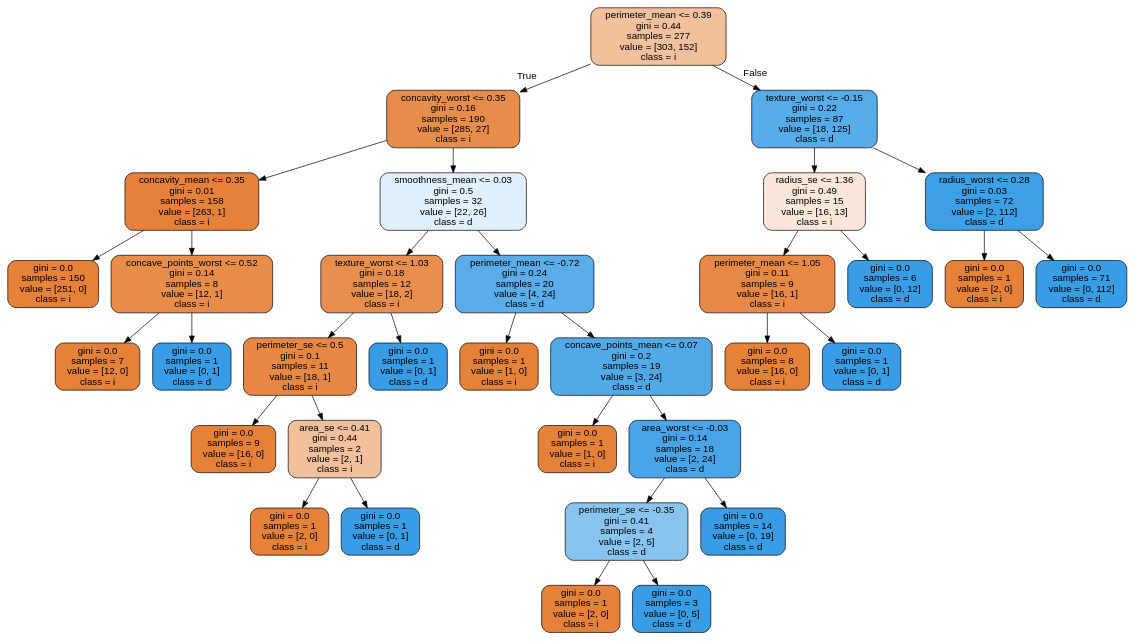
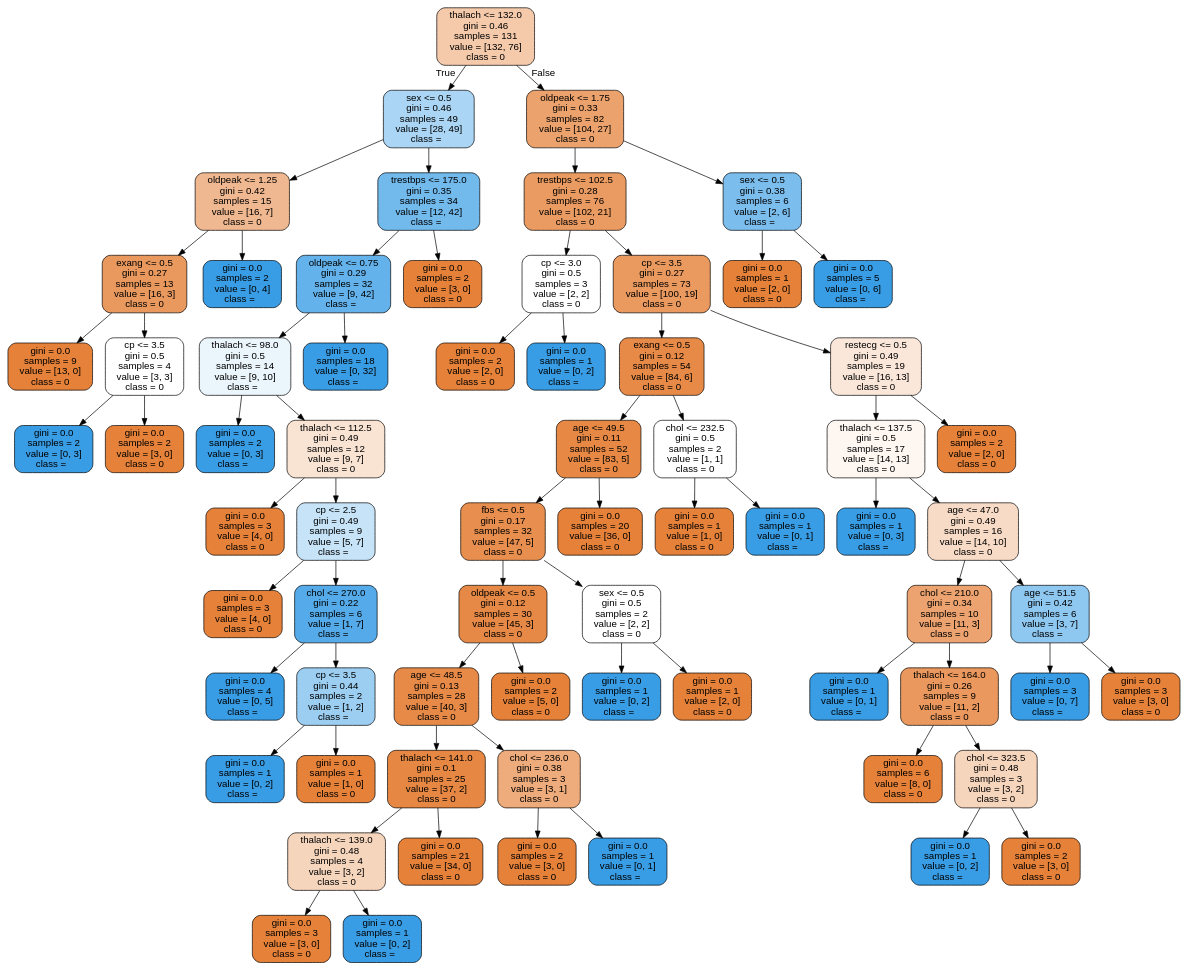
The diagram in data/breast-cancer/tree.dot (cyrilvincent/ML), drawn with Graphviz before and after one commit. The commit also changed 3 other files, not shown here.

```diff
--- a/data/breast-cancer/tree.dot
+++ b/data/breast-cancer/tree.dot
@@ -1,69 +1,141 @@
 digraph Tree {
 node [shape=box, style="filled, rounded", color="black", fontname="helvetica"] ;
 edge [fontname="helvetica"] ;
-0 [label="perimeter_mean <= 0.39\ngini = 0.44\nsamples = 277\nvalue = [303, 152]\nclass = i", fillcolor="#f2c09c"] ;
-1 [label="concavity_worst <= 0.35\ngini = 0.16\nsamples = 190\nvalue = [285, 27]\nclass = i", fillcolor="#e78d4c"] ;
+0 [label="thalach <= 132.0\ngini = 0.46\nsamples = 131\nvalue = [132, 76]\nclass = 0", fillcolor="#f4caab"] ;
+1 [label="sex <= 0.5\ngini = 0.46\nsamples = 49\nvalue = [28, 49]\nclass =  ", fillcolor="#aad5f4"] ;
 0 -> 1 [labeldistance=2.5, labelangle=45, headlabel="True"] ;
-2 [label="concavity_mean <= 0.35\ngini = 0.01\nsamples = 158\nvalue = [263, 1]\nclass = i", fillcolor="#e5813a"] ;
+2 [label="oldpeak <= 1.25\ngini = 0.42\nsamples = 15\nvalue = [16, 7]\nclass = 0", fillcolor="#f0b890"] ;
 1 -> 2 ;
-3 [label="gini = 0.0\nsamples = 150\nvalue = [251, 0]\nclass = i", fillcolor="#e58139"] ;
+3 [label="exang <= 0.5\ngini = 0.27\nsamples = 13\nvalue = [16, 3]\nclass = 0", fillcolor="#ea995e"] ;
 2 -> 3 ;
-4 [label="concave_points_worst <= 0.52\ngini = 0.14\nsamples = 8\nvalue = [12, 1]\nclass = i", fillcolor="#e78c49"] ;
-2 -> 4 ;
-5 [label="gini = 0.0\nsamples = 7\nvalue = [12, 0]\nclass = i", fillcolor="#e58139"] ;
-4 -> 5 ;
-6 [label="gini = 0.0\nsamples = 1\nvalue = [0, 1]\nclass = d", fillcolor="#399de5"] ;
-4 -> 6 ;
-7 [label="smoothness_mean <= 0.03\ngini = 0.5\nsamples = 32\nvalue = [22, 26]\nclass = d", fillcolor="#e1f0fb"] ;
-1 -> 7 ;
-8 [label="texture_worst <= 1.03\ngini = 0.18\nsamples = 12\nvalue = [18, 2]\nclass = i", fillcolor="#e88f4f"] ;
-7 -> 8 ;
-9 [label="perimeter_se <= 0.5\ngini = 0.1\nsamples = 11\nvalue = [18, 1]\nclass = i", fillcolor="#e68844"] ;
-8 -> 9 ;
-10 [label="gini = 0.0\nsamples = 9\nvalue = [16, 0]\nclass = i", fillcolor="#e58139"] ;
+4 [label="gini = 0.0\nsamples = 9\nvalue = [13, 0]\nclass = 0", fillcolor="#e58139"] ;
+3 -> 4 ;
+5 [label="cp <= 3.5\ngini = 0.5\nsamples = 4\nvalue = [3, 3]\nclass = 0", fillcolor="#ffffff"] ;
+3 -> 5 ;
+6 [label="gini = 0.0\nsamples = 2\nvalue = [0, 3]\nclass =  ", fillcolor="#399de5"] ;
+5 -> 6 ;
+7 [label="gini = 0.0\nsamples = 2\nvalue = [3, 0]\nclass = 0", fillcolor="#e58139"] ;
+5 -> 7 ;
+8 [label="gini = 0.0\nsamples = 2\nvalue = [0, 4]\nclass =  ", fillcolor="#399de5"] ;
+2 -> 8 ;
+9 [label="trestbps <= 175.0\ngini = 0.35\nsamples = 34\nvalue = [12, 42]\nclass =  ", fillcolor="#72b9ec"] ;
+1 -> 9 ;
+10 [label="oldpeak <= 0.75\ngini = 0.29\nsamples = 32\nvalue = [9, 42]\nclass =  ", fillcolor="#63b2eb"] ;
 9 -> 10 ;
-11 [label="area_se <= 0.41\ngini = 0.44\nsamples = 2\nvalue = [2, 1]\nclass = i", fillcolor="#f2c09c"] ;
-9 -> 11 ;
-12 [label="gini = 0.0\nsamples = 1\nvalue = [2, 0]\nclass = i", fillcolor="#e58139"] ;
+11 [label="thalach <= 98.0\ngini = 0.5\nsamples = 14\nvalue = [9, 10]\nclass =  ", fillcolor="#ebf5fc"] ;
+10 -> 11 ;
+12 [label="gini = 0.0\nsamples = 2\nvalue = [0, 3]\nclass =  ", fillcolor="#399de5"] ;
 11 -> 12 ;
-13 [label="gini = 0.0\nsamples = 1\nvalue = [0, 1]\nclass = d", fillcolor="#399de5"] ;
+13 [label="thalach <= 112.5\ngini = 0.49\nsamples = 12\nvalue = [9, 7]\nclass = 0", fillcolor="#f9e3d3"] ;
 11 -> 13 ;
-14 [label="gini = 0.0\nsamples = 1\nvalue = [0, 1]\nclass = d", fillcolor="#399de5"] ;
-8 -> 14 ;
-15 [label="perimeter_mean <= -0.72\ngini = 0.24\nsamples = 20\nvalue = [4, 24]\nclass = d", fillcolor="#5aade9"] ;
-7 -> 15 ;
-16 [label="gini = 0.0\nsamples = 1\nvalue = [1, 0]\nclass = i", fillcolor="#e58139"] ;
+14 [label="gini = 0.0\nsamples = 3\nvalue = [4, 0]\nclass = 0", fillcolor="#e58139"] ;
+13 -> 14 ;
+15 [label="cp <= 2.5\ngini = 0.49\nsamples = 9\nvalue = [5, 7]\nclass =  ", fillcolor="#c6e3f8"] ;
+13 -> 15 ;
+16 [label="gini = 0.0\nsamples = 3\nvalue = [4, 0]\nclass = 0", fillcolor="#e58139"] ;
 15 -> 16 ;
-17 [label="concave_points_mean <= 0.07\ngini = 0.2\nsamples = 19\nvalue = [3, 24]\nclass = d", fillcolor="#52a9e8"] ;
+17 [label="chol <= 270.0\ngini = 0.22\nsamples = 6\nvalue = [1, 7]\nclass =  ", fillcolor="#55abe9"] ;
 15 -> 17 ;
-18 [label="gini = 0.0\nsamples = 1\nvalue = [1, 0]\nclass = i", fillcolor="#e58139"] ;
+18 [label="gini = 0.0\nsamples = 4\nvalue = [0, 5]\nclass =  ", fillcolor="#399de5"] ;
 17 -> 18 ;
-19 [label="area_worst <= -0.03\ngini = 0.14\nsamples = 18\nvalue = [2, 24]\nclass = d", fillcolor="#49a5e7"] ;
+19 [label="cp <= 3.5\ngini = 0.44\nsamples = 2\nvalue = [1, 2]\nclass =  ", fillcolor="#9ccef2"] ;
 17 -> 19 ;
-20 [label="perimeter_se <= -0.35\ngini = 0.41\nsamples = 4\nvalue = [2, 5]\nclass = d", fillcolor="#88c4ef"] ;
+20 [label="gini = 0.0\nsamples = 1\nvalue = [0, 2]\nclass =  ", fillcolor="#399de5"] ;
 19 -> 20 ;
-21 [label="gini = 0.0\nsamples = 1\nvalue = [2, 0]\nclass = i", fillcolor="#e58139"] ;
-20 -> 21 ;
-22 [label="gini = 0.0\nsamples = 3\nvalue = [0, 5]\nclass = d", fillcolor="#399de5"] ;
-20 -> 22 ;
-23 [label="gini = 0.0\nsamples = 14\nvalue = [0, 19]\nclass = d", fillcolor="#399de5"] ;
-19 -> 23 ;
-24 [label="texture_worst <= -0.15\ngini = 0.22\nsamples = 87\nvalue = [18, 125]\nclass = d", fillcolor="#56abe9"] ;
+21 [label="gini = 0.0\nsamples = 1\nvalue = [1, 0]\nclass = 0", fillcolor="#e58139"] ;
+19 -> 21 ;
+22 [label="gini = 0.0\nsamples = 18\nvalue = [0, 32]\nclass =  ", fillcolor="#399de5"] ;
+10 -> 22 ;
+23 [label="gini = 0.0\nsamples = 2\nvalue = [3, 0]\nclass = 0", fillcolor="#e58139"] ;
+9 -> 23 ;
+24 [label="oldpeak <= 1.75\ngini = 0.33\nsamples = 82\nvalue = [104, 27]\nclass = 0", fillcolor="#eca26c"] ;
 0 -> 24 [labeldistance=2.5, labelangle=-45, headlabel="False"] ;
-25 [label="radius_se <= 1.36\ngini = 0.49\nsamples = 15\nvalue = [16, 13]\nclass = i", fillcolor="#fae7da"] ;
+25 [label="trestbps <= 102.5\ngini = 0.28\nsamples = 76\nvalue = [102, 21]\nclass = 0", fillcolor="#ea9b62"] ;
 24 -> 25 ;
-26 [label="perimeter_mean <= 1.05\ngini = 0.11\nsamples = 9\nvalue = [16, 1]\nclass = i", fillcolor="#e78945"] ;
+26 [label="cp <= 3.0\ngini = 0.5\nsamples = 3\nvalue = [2, 2]\nclass = 0", fillcolor="#ffffff"] ;
 25 -> 26 ;
-27 [label="gini = 0.0\nsamples = 8\nvalue = [16, 0]\nclass = i", fillcolor="#e58139"] ;
+27 [label="gini = 0.0\nsamples = 2\nvalue = [2, 0]\nclass = 0", fillcolor="#e58139"] ;
 26 -> 27 ;
-28 [label="gini = 0.0\nsamples = 1\nvalue = [0, 1]\nclass = d", fillcolor="#399de5"] ;
+28 [label="gini = 0.0\nsamples = 1\nvalue = [0, 2]\nclass =  ", fillcolor="#399de5"] ;
 26 -> 28 ;
-29 [label="gini = 0.0\nsamples = 6\nvalue = [0, 12]\nclass = d", fillcolor="#399de5"] ;
+29 [label="cp <= 3.5\ngini = 0.27\nsamples = 73\nvalue = [100, 19]\nclass = 0", fillcolor="#ea995f"] ;
 25 -> 29 ;
-30 [label="radius_worst <= 0.28\ngini = 0.03\nsamples = 72\nvalue = [2, 112]\nclass = d", fillcolor="#3d9fe5"] ;
-24 -> 30 ;
-31 [label="gini = 0.0\nsamples = 1\nvalue = [2, 0]\nclass = i", fillcolor="#e58139"] ;
+30 [label="exang <= 0.5\ngini = 0.12\nsamples = 54\nvalue = [84, 6]\nclass = 0", fillcolor="#e78a47"] ;
+29 -> 30 ;
+31 [label="age <= 49.5\ngini = 0.11\nsamples = 52\nvalue = [83, 5]\nclass = 0", fillcolor="#e78945"] ;
 30 -> 31 ;
-32 [label="gini = 0.0\nsamples = 71\nvalue = [0, 112]\nclass = d", fillcolor="#399de5"] ;
-30 -> 32 ;
+32 [label="fbs <= 0.5\ngini = 0.17\nsamples = 32\nvalue = [47, 5]\nclass = 0", fillcolor="#e88e4e"] ;
+31 -> 32 ;
+33 [label="oldpeak <= 0.5\ngini = 0.12\nsamples = 30\nvalue = [45, 3]\nclass = 0", fillcolor="#e78946"] ;
+32 -> 33 ;
+34 [label="age <= 48.5\ngini = 0.13\nsamples = 28\nvalue = [40, 3]\nclass = 0", fillcolor="#e78a48"] ;
+33 -> 34 ;
+35 [label="thalach <= 141.0\ngini = 0.1\nsamples = 25\nvalue = [37, 2]\nclass = 0", fillcolor="#e68844"] ;
+34 -> 35 ;
+36 [label="thalach <= 139.0\ngini = 0.48\nsamples = 4\nvalue = [3, 2]\nclass = 0", fillcolor="#f6d5bd"] ;
+35 -> 36 ;
+37 [label="gini = 0.0\nsamples = 3\nvalue = [3, 0]\nclass = 0", fillcolor="#e58139"] ;
+36 -> 37 ;
+38 [label="gini = 0.0\nsamples = 1\nvalue = [0, 2]\nclass =  ", fillcolor="#399de5"] ;
+36 -> 38 ;
+39 [label="gini = 0.0\nsamples = 21\nvalue = [34, 0]\nclass = 0", fillcolor="#e58139"] ;
+35 -> 39 ;
+40 [label="chol <= 236.0\ngini = 0.38\nsamples = 3\nvalue = [3, 1]\nclass = 0", fillcolor="#eeab7b"] ;
+34 -> 40 ;
+41 [label="gini = 0.0\nsamples = 2\nvalue = [3, 0]\nclass = 0", fillcolor="#e58139"] ;
+40 -> 41 ;
+42 [label="gini = 0.0\nsamples = 1\nvalue = [0, 1]\nclass =  ", fillcolor="#399de5"] ;
+40 -> 42 ;
+43 [label="gini = 0.0\nsamples = 2\nvalue = [5, 0]\nclass = 0", fillcolor="#e58139"] ;
+33 -> 43 ;
+44 [label="sex <= 0.5\ngini = 0.5\nsamples = 2\nvalue = [2, 2]\nclass = 0", fillcolor="#ffffff"] ;
+32 -> 44 ;
+45 [label="gini = 0.0\nsamples = 1\nvalue = [0, 2]\nclass =  ", fillcolor="#399de5"] ;
+44 -> 45 ;
+46 [label="gini = 0.0\nsamples = 1\nvalue = [2, 0]\nclass = 0", fillcolor="#e58139"] ;
+44 -> 46 ;
+47 [label="gini = 0.0\nsamples = 20\nvalue = [36, 0]\nclass = 0", fillcolor="#e58139"] ;
+31 -> 47 ;
+48 [label="chol <= 232.5\ngini = 0.5\nsamples = 2\nvalue = [1, 1]\nclass = 0", fillcolor="#ffffff"] ;
+30 -> 48 ;
+49 [label="gini = 0.0\nsamples = 1\nvalue = [1, 0]\nclass = 0", fillcolor="#e58139"] ;
+48 -> 49 ;
+50 [label="gini = 0.0\nsamples = 1\nvalue = [0, 1]\nclass =  ", fillcolor="#399de5"] ;
+48 -> 50 ;
+51 [label="restecg <= 0.5\ngini = 0.49\nsamples = 19\nvalue = [16, 13]\nclass = 0", fillcolor="#fae7da"] ;
+29 -> 51 ;
+52 [label="thalach <= 137.5\ngini = 0.5\nsamples = 17\nvalue = [14, 13]\nclass = 0", fillcolor="#fdf6f1"] ;
+51 -> 52 ;
+53 [label="gini = 0.0\nsamples = 1\nvalue = [0, 3]\nclass =  ", fillcolor="#399de5"] ;
+52 -> 53 ;
+54 [label="age <= 47.0\ngini = 0.49\nsamples = 16\nvalue = [14, 10]\nclass = 0", fillcolor="#f8dbc6"] ;
+52 -> 54 ;
+55 [label="chol <= 210.0\ngini = 0.34\nsamples = 10\nvalue = [11, 3]\nclass = 0", fillcolor="#eca36f"] ;
+54 -> 55 ;
+56 [label="gini = 0.0\nsamples = 1\nvalue = [0, 1]\nclass =  ", fillcolor="#399de5"] ;
+55 -> 56 ;
+57 [label="thalach <= 164.0\ngini = 0.26\nsamples = 9\nvalue = [11, 2]\nclass = 0", fillcolor="#ea985d"] ;
+55 -> 57 ;
+58 [label="gini = 0.0\nsamples = 6\nvalue = [8, 0]\nclass = 0", fillcolor="#e58139"] ;
+57 -> 58 ;
+59 [label="chol <= 323.5\ngini = 0.48\nsamples = 3\nvalue = [3, 2]\nclass = 0", fillcolor="#f6d5bd"] ;
+57 -> 59 ;
+60 [label="gini = 0.0\nsamples = 1\nvalue = [0, 2]\nclass =  ", fillcolor="#399de5"] ;
+59 -> 60 ;
+61 [label="gini = 0.0\nsamples = 2\nvalue = [3, 0]\nclass = 0", fillcolor="#e58139"] ;
+59 -> 61 ;
+62 [label="age <= 51.5\ngini = 0.42\nsamples = 6\nvalue = [3, 7]\nclass =  ", fillcolor="#8ec7f0"] ;
+54 -> 62 ;
+63 [label="gini = 0.0\nsamples = 3\nvalue = [0, 7]\nclass =  ", fillcolor="#399de5"] ;
+62 -> 63 ;
+64 [label="gini = 0.0\nsamples = 3\nvalue = [3, 0]\nclass = 0", fillcolor="#e58139"] ;
+62 -> 64 ;
+65 [label="gini = 0.0\nsamples = 2\nvalue = [2, 0]\nclass = 0", fillcolor="#e58139"] ;
+51 -> 65 ;
+66 [label="sex <= 0.5\ngini = 0.38\nsamples = 6\nvalue = [2, 6]\nclass =  ", fillcolor="#7bbeee"] ;
+24 -> 66 ;
+67 [label="gini = 0.0\nsamples = 1\nvalue = [2, 0]\nclass = 0", fillcolor="#e58139"] ;
+66 -> 67 ;
+68 [label="gini = 0.0\nsamples = 5\nvalue = [0, 6]\nclass =  ", fillcolor="#399de5"] ;
+66 -> 68 ;
 }
```
